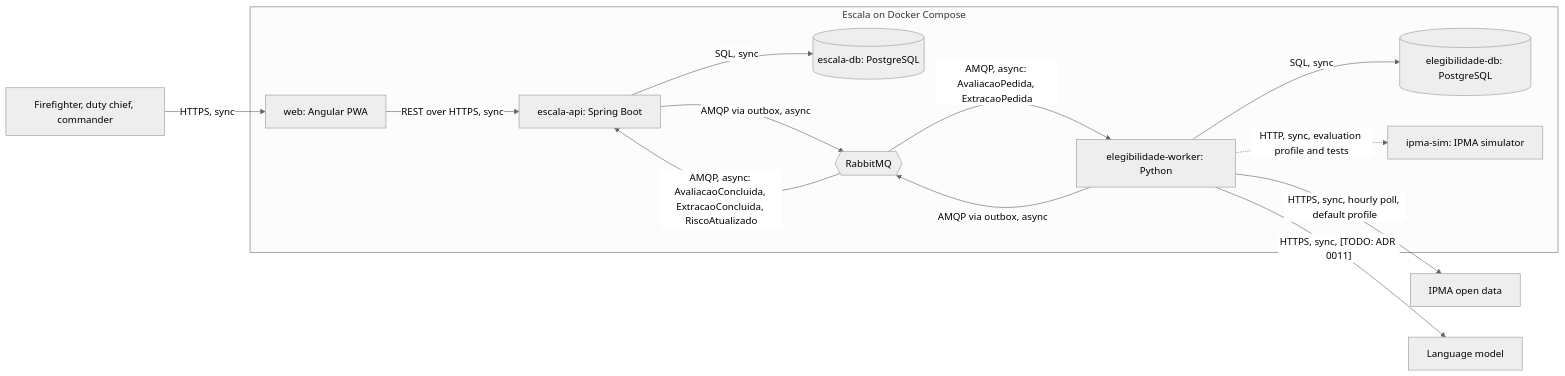
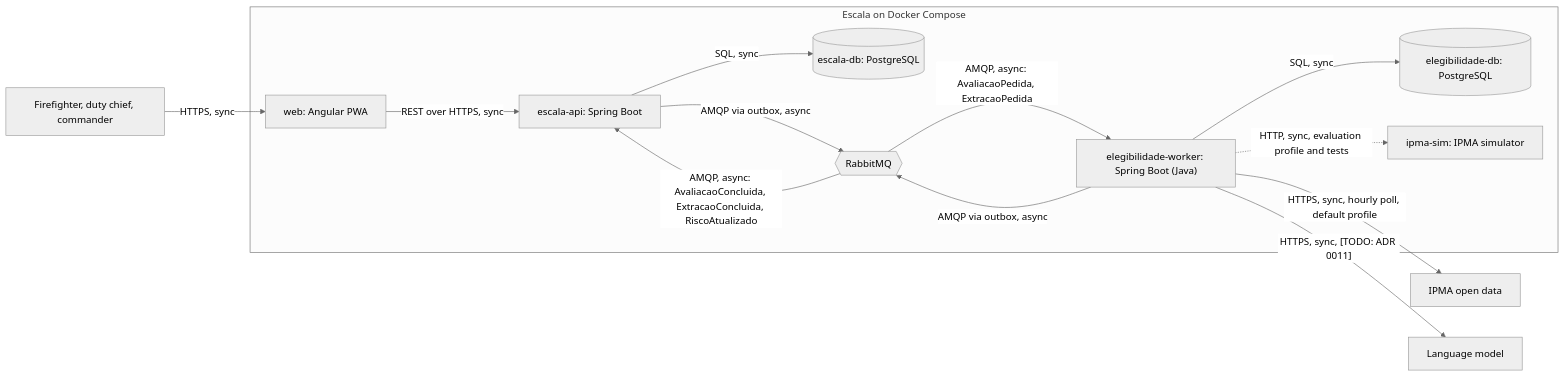
The second of 6 diagrams in docs/architecture/technical-design.md (DiogoC0307/LABDSOF_2627_1221137_1211439_1211514_1250505), drawn with Mermaid (neutral theme) before and after one commit. The commit also changed other lines of this file and 2 other files, not shown here.

First line of the commit message:
docs: describe elegibilidade-worker as Spring Boot (Java) (SCRUM-54)

````diff
--- a/docs/architecture/technical-design.md
+++ b/docs/architecture/technical-design.md
@@ -55,26 +55,26 @@
 ```mermaid
 flowchart LR
   user["Firefighter, duty chief, commander"]
   subgraph stack["Escala on Docker Compose"]
     web["web: Angular PWA"]
     api["escala-api: Spring Boot"]
     apidb[("escala-db: PostgreSQL")]
     mq{{"RabbitMQ"}}
-    worker["elegibilidade-worker: Python"]
+    worker["elegibilidade-worker: Spring Boot (Java)"]
     wdb[("elegibilidade-db: PostgreSQL")]
     sim["ipma-sim: IPMA simulator"]
   end
   ipma["IPMA open data"]
   llm["Language model"]
   user -->|"HTTPS, sync"| web
   web -->|"REST over HTTPS, sync"| api
   api -->|"SQL, sync"| apidb
   api -->|"AMQP via outbox, async"| mq
   mq -->|"AMQP, async: AvaliacaoPedida, ExtracaoPedida"| worker
   worker -->|"AMQP via outbox, async"| mq
   mq -->|"AMQP, async: AvaliacaoConcluida, ExtracaoConcluida, RiscoAtualizado"| api
   worker -->|"SQL, sync"| wdb
   worker -->|"HTTPS, sync, hourly poll, default profile"| ipma
   worker -.->|"HTTP, sync, evaluation profile and tests"| sim
   worker -->|"HTTPS, sync, [TODO: ADR 0011]"| llm
 ```
````
